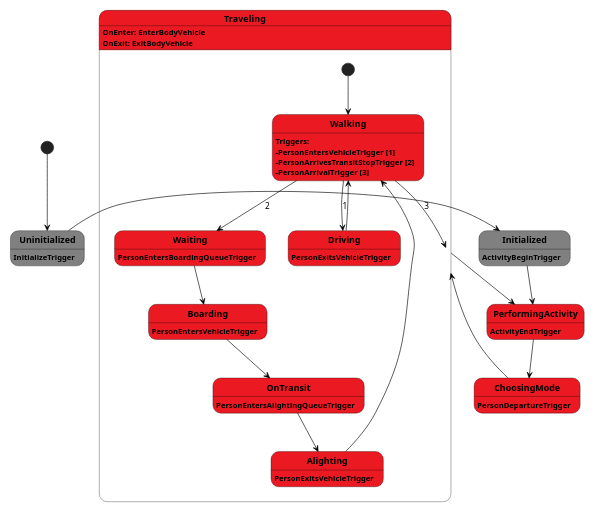
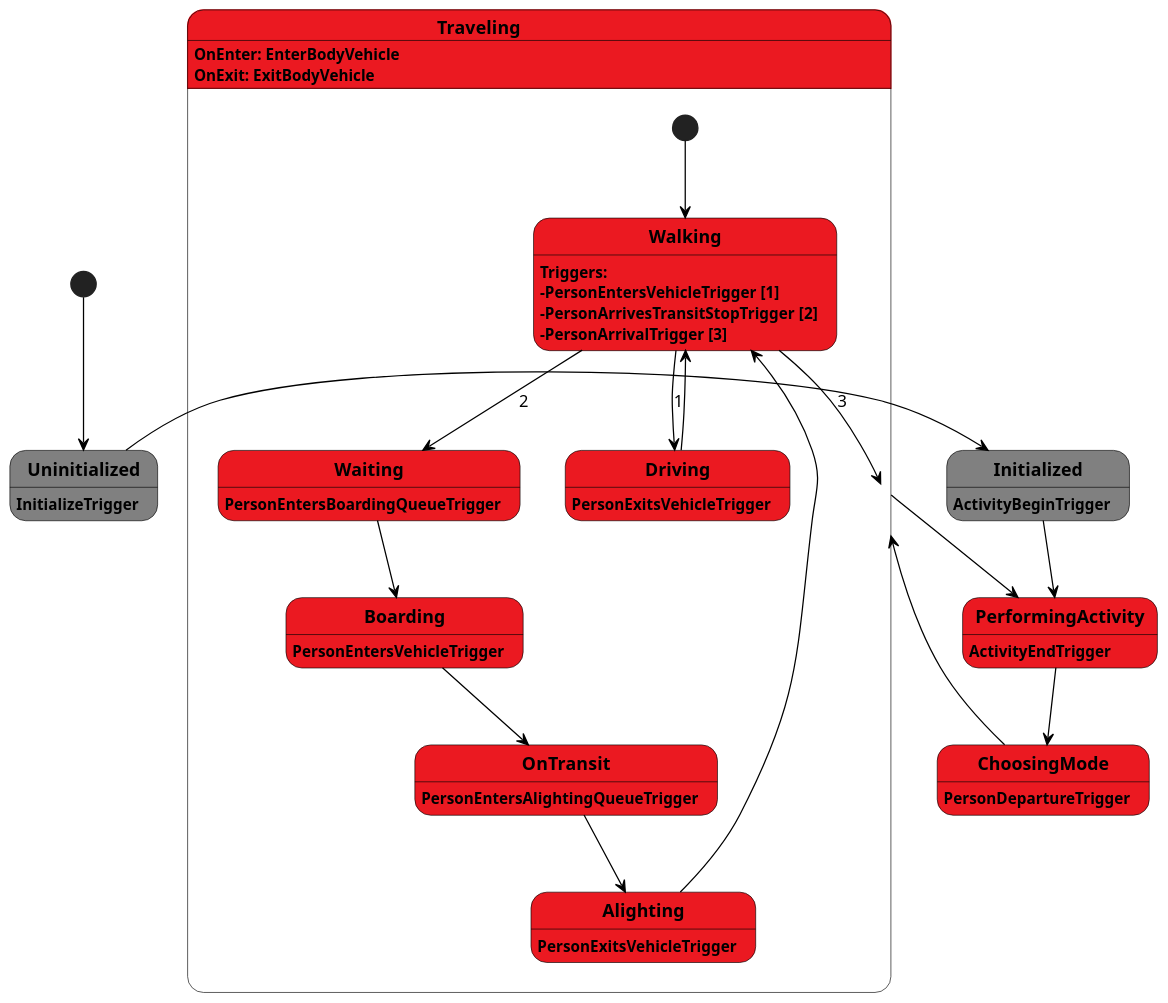
The diagram in docs/uml/PersonAgentFSM.puml (LBNL-UCB-STI/beam), drawn with PlantUML before and after one commit. The commit also changed 7 other files, not shown here.

```diff
--- a/docs/uml/PersonAgentFSM.puml
+++ b/docs/uml/PersonAgentFSM.puml
@@ -1,73 +1,73 @@
 @startuml
 
-scale 600 width
+scale 1200 width
 skinparam stateBorderColor #black
 skinparam stateFontStyle bold
 skinparam arrowColor #black
 
 ' BeamAgent: States '
 state Uninitialized #grey
 Uninitialized: InitializeTrigger
 
 state Initialized #grey
 Initialized: ActivityBeginTrigger
 
 'BeamAgent Transitions'
 [*] --> Uninitialized
 Uninitialized -> Initialized
 
 ''''''''''''''''''''''''''
 ' PersonAgent States'
 ''''''''''''''''''''''''''
 state PerformingActivity #eb1921
 PerformingActivity: ActivityEndTrigger
 
 state ChoosingMode #eb1921
 ChoosingMode: PersonDepartureTrigger
 
 state Traveling #eb1921{
     Traveling: OnEnter: EnterBodyVehicle
     Traveling: OnExit: ExitBodyVehicle
 
     state Walking #eb1921{
         Walking: Triggers:
         Walking: -PersonEntersVehicleTrigger [1]
         Walking: -PersonArrivesTransitStopTrigger [2]
         Walking: -PersonArrivalTrigger [3]
     }
     state Driving #eb1921{
         Driving: PersonExitsVehicleTrigger
     }
     state Waiting #eb1921{
         Waiting: PersonEntersBoardingQueueTrigger
     }
     state Boarding #eb1921{
         Boarding: PersonEntersVehicleTrigger
     }
     state OnTransit #eb1921{
         OnTransit: PersonEntersAlightingQueueTrigger
     }
     state Alighting #eb1921{
         Alighting: PersonExitsVehicleTrigger
     }
 
     [*] --> Walking
     Walking --> Driving: 1
     Walking --> Waiting: 2
     Waiting --> Boarding
     Boarding --> OnTransit
     OnTransit --> Alighting
     Alighting --> Walking
     Driving --> Walking
 }
 
 ''''''''''''''''''''''''''
 ' PersonAgent Transitions'
 ''''''''''''''''''''''''''
 Initialized --> PerformingActivity
 PerformingActivity --> ChoosingMode
 Traveling --> PerformingActivity
 ChoosingMode --> Traveling
 Walking --> Traveling: 3
 
 @enduml
```
